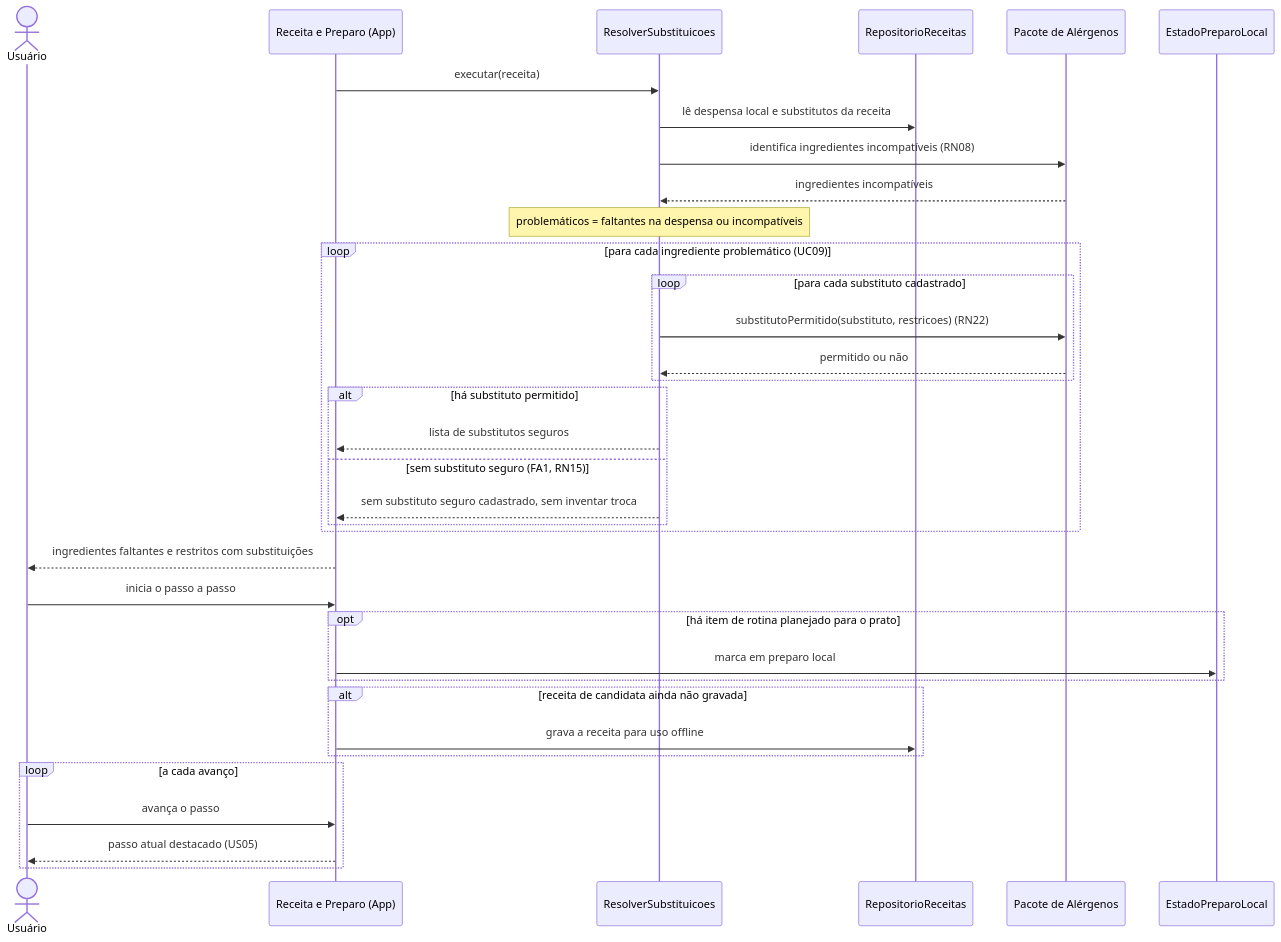
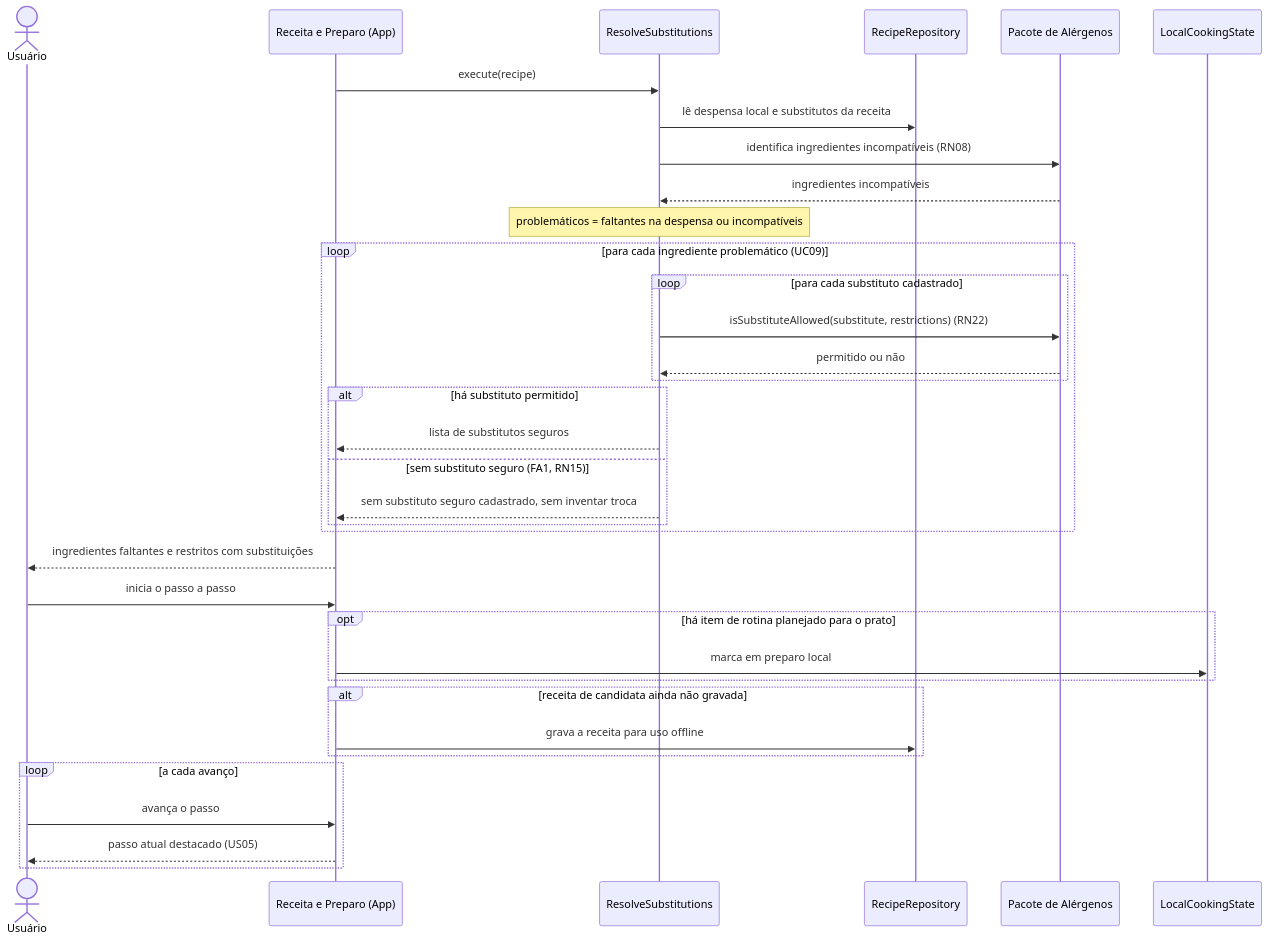
One commit to AnnyFilgueiras/projeto_tsi changed the second of 2 diagrams in docs/fase2/2.6-diagramas_fluxos_contratos/sequencia-uc04.md. Above: the diagram before and after it, drawn with Mermaid. The commit also changed other lines of this file and 4 other files, not shown here.

Commit message:
docs: update class diagram and sequences to v1.1 (English identifiers, Tx)

````diff
--- a/docs/fase2/2.6-diagramas_fluxos_contratos/sequencia-uc04.md
+++ b/docs/fase2/2.6-diagramas_fluxos_contratos/sequencia-uc04.md
@@ -62,38 +64,38 @@
 ```mermaid
 sequenceDiagram
   actor U as Usuário
   participant RP as Receita e Preparo (App)
-  participant RS as ResolverSubstituicoes
-  participant RR as RepositorioReceitas
+  participant RS as ResolveSubstitutions
+  participant RR as RecipeRepository
   participant RG as Pacote de Alérgenos
-  participant EP as EstadoPreparoLocal
+  participant EP as LocalCookingState
 
-  RP->>RS: executar(receita)
+  RP->>RS: execute(recipe)
   RS->>RR: lê despensa local e substitutos da receita
   RS->>RG: identifica ingredientes incompatíveis (RN08)
   RG-->>RS: ingredientes incompatíveis
   Note over RS: problemáticos = faltantes na despensa ou incompatíveis
   loop para cada ingrediente problemático (UC09)
     loop para cada substituto cadastrado
-      RS->>RG: substitutoPermitido(substituto, restricoes) (RN22)
+      RS->>RG: isSubstituteAllowed(substitute, restrictions) (RN22)
       RG-->>RS: permitido ou não
     end
     alt há substituto permitido
       RS-->>RP: lista de substitutos seguros
     else sem substituto seguro (FA1, RN15)
       RS-->>RP: sem substituto seguro cadastrado, sem inventar troca
     end
   end
   RP-->>U: ingredientes faltantes e restritos com substituições
   U->>RP: inicia o passo a passo
   opt há item de rotina planejado para o prato
     RP->>EP: marca em preparo local
   end
   alt receita de candidata ainda não gravada
     RP->>RR: grava a receita para uso offline
   end
   loop a cada avanço
     U->>RP: avança o passo
     RP-->>U: passo atual destacado (US05)
   end
 ```
````
